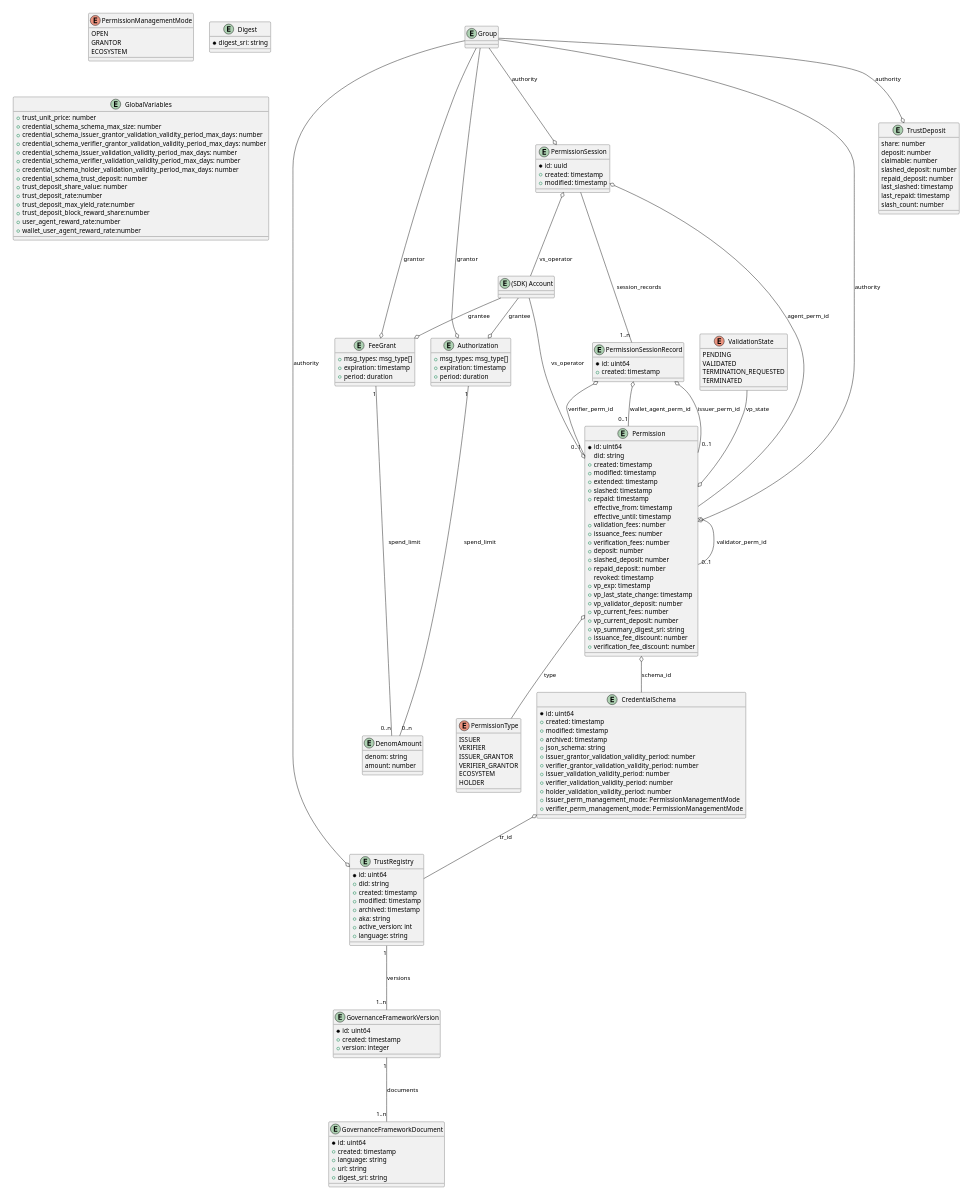
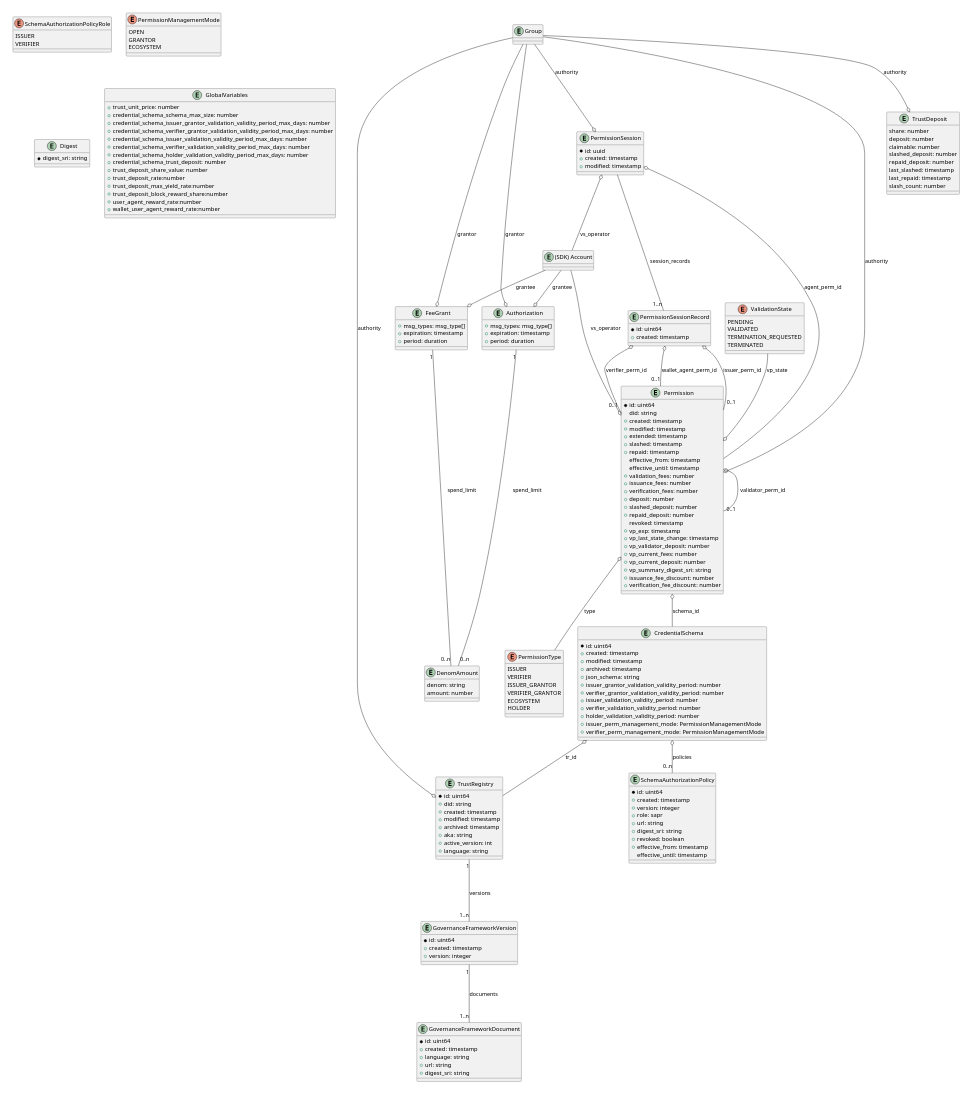
One commit to verana-labs/verifiable-trust-vpr-spec changed diagram 12 of 20 in spec.md. Above: the diagram before and after it, drawn with PlantUML. The commit also changed other lines of this file and 1 other file, not shown here.

```diff
--- a/spec.md
+++ b/spec.md
@@ -972,6 +972,25 @@
   +issuer_perm_management_mode: PermissionManagementMode
   +verifier_perm_management_mode: PermissionManagementMode
 }
+
+enum "SchemaAuthorizationPolicyRole" as sapr {
+  ISSUER
+  VERIFIER
+}
+
+
+entity "SchemaAuthorizationPolicy" as sap {
+  *id: uint64
+  +created: timestamp
+  +version: integer
+  +role: sapr
+  +url: string
+  +digest_sri: string
+  +revoked: boolean
+  +effective_from: timestamp
+  effective_until: timestamp
+}
+
 
 enum "PermissionManagementMode" as cspm {
   OPEN
@@ -1100,6 +1119,8 @@
 csp o-- "0..1" csp: validator_perm_id
 cs o-- tr: tr_id
 
+cs o-- "0..n" sap: policies
+
 csps --- "1..n" cspsr : session_records
 
 cspsr  o-- "0..1" csp: issuer_perm_id
```
